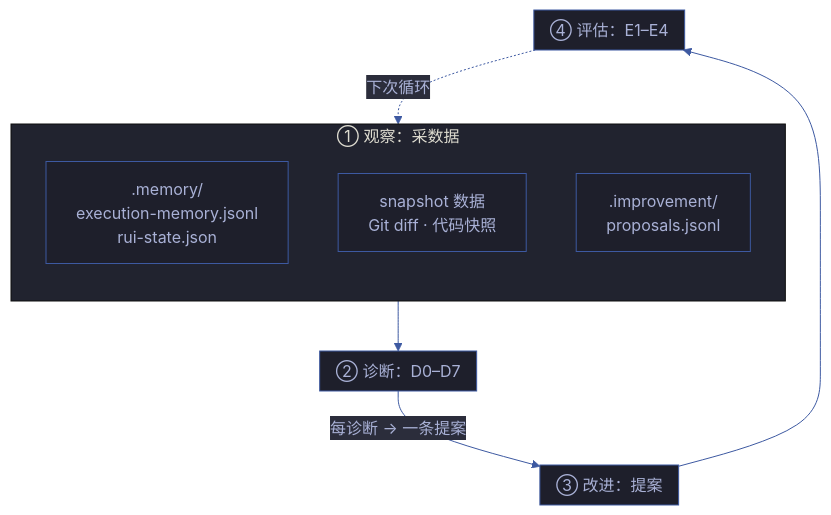
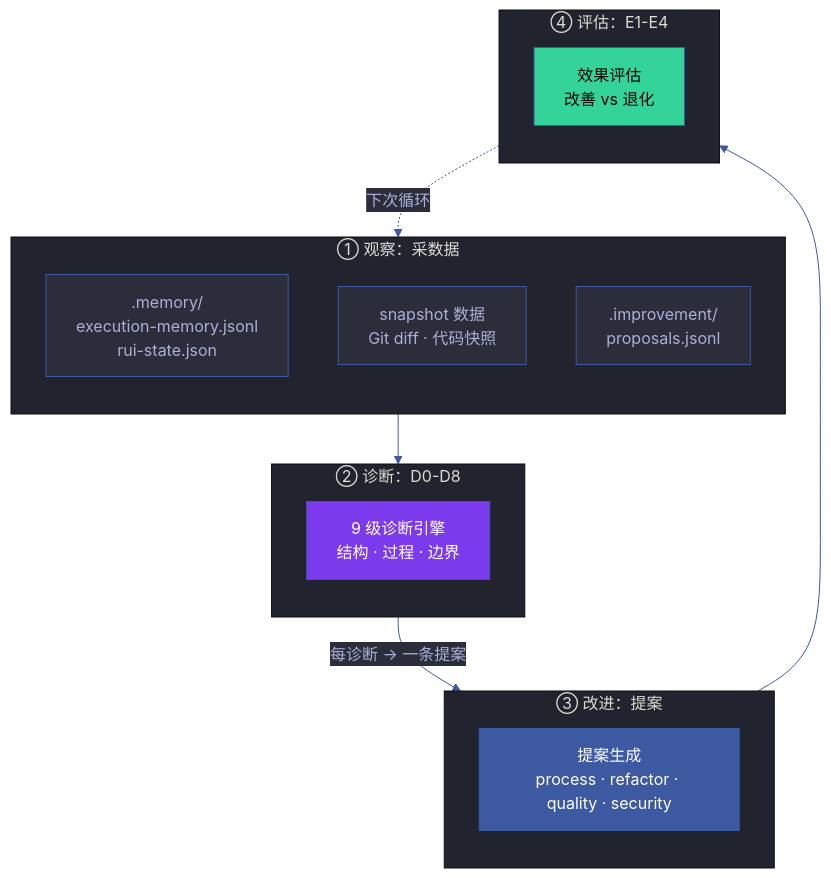
The first of 10 diagrams in skills/rui-yry/rules/self-improve.md (effiy/YrY), drawn with Mermaid before and after one commit. The commit also changed other lines of this file and 1028 other files, not shown here.

````diff
--- a/skills/rui-yry/rules/self-improve.md
+++ b/skills/rui-yry/rules/self-improve.md
@@ -15,36 +15,42 @@
 ```mermaid
 %%{init: {'theme': 'base', 'themeVariables': {
   'primaryColor': '#1e1f2b',
   'primaryTextColor': '#a9b1d6',
   'primaryBorderColor': '#3d59a1',
   'lineColor': '#3d59a1',
   'secondaryColor': '#2b2d3b',
   'tertiaryColor': '#21232f'
 }}}%%
 flowchart TB
     subgraph 观察["① 观察：采数据"]
         direction TB
         EXEC[".memory/<br/>execution-memory.jsonl<br/>rui-state.json"]:::data
         SNAP["snapshot 数据<br/>Git diff · 代码快照"]:::data
         PROP[".improvement/<br/>proposals.jsonl"]:::data
     end
 
-    subgraph 诊断["② 诊断：D0–D7"]
+    subgraph 诊断["② 诊断：D0-D8"]
         direction TB
+        D0_D8["9 级诊断引擎<br/>结构 · 过程 · 边界"]:::diag
     end
 
     subgraph 改进["③ 改进：提案"]
         direction TB
+        GEN["提案生成<br/>process · refactor · quality · security"]:::prop
     end
 
-    subgraph 评估["④ 评估：E1–E4"]
+    subgraph 评估["④ 评估：E1-E4"]
         direction TB
+        EVAL["效果评估<br/>改善 vs 退化"]:::eval
     end
 
     观察 --> 诊断
     诊断 -->|"每诊断 → 一条提案"| 改进
     改进 --> 评估
     评估 -.->|"下次循环"| 观察
 
-
+    classDef data fill:#2b2d3b,stroke:#3d59a1,color:#a9b1d6
+    classDef diag fill:#7c3aed,color:#fff
+    classDef prop fill:#3d59a1,color:#fff
+    classDef eval fill:#34d399,color:#000
 ```
````
